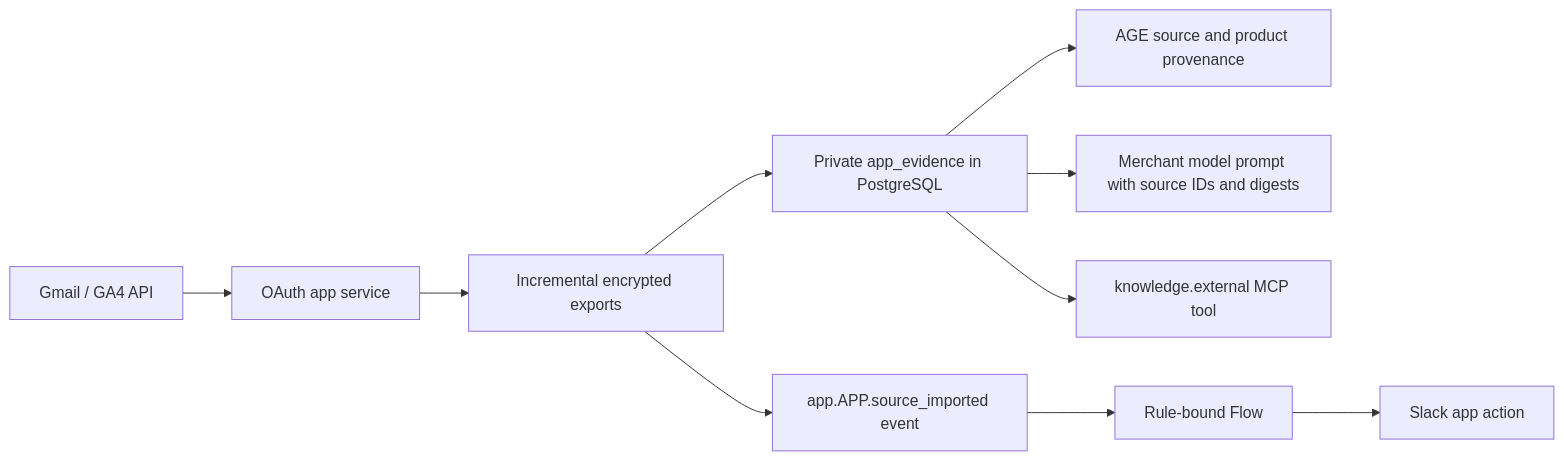
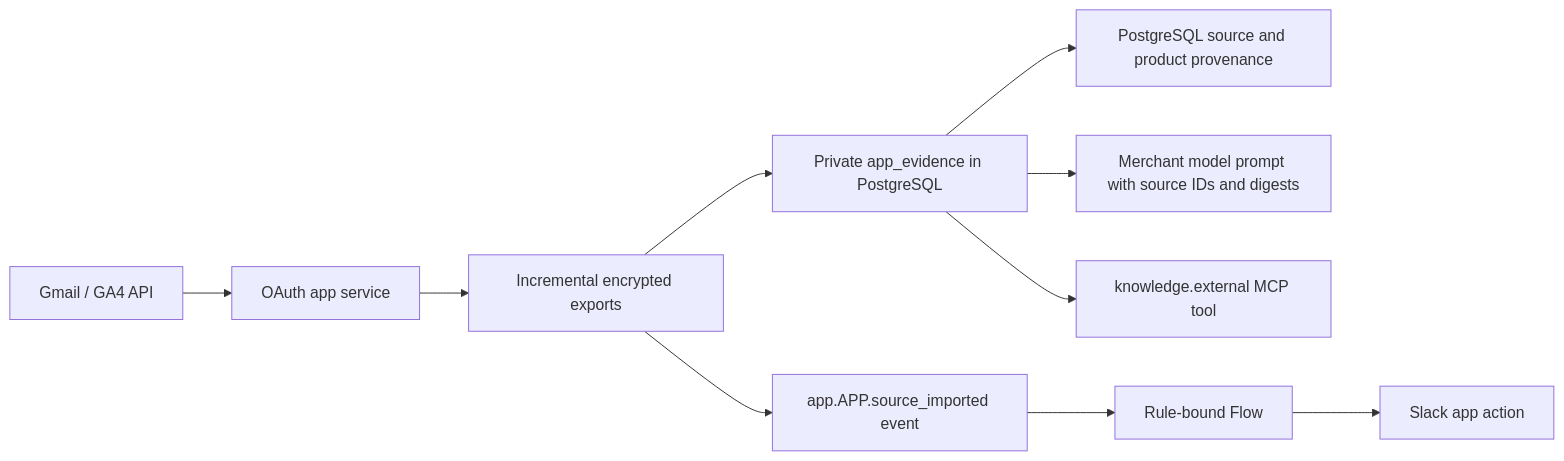
One commit to sthamann/rust-ai-commerce changed the diagram in docs/connected-apps.md. Above: the diagram before and after it, drawn with Mermaid. The commit also changed other lines of this file and 93 other files, not shown here.

````diff
--- a/docs/connected-apps.md
+++ b/docs/connected-apps.md
@@ -43,12 +43,12 @@
 ```mermaid
 flowchart LR
   G[Gmail / GA4 API] --> A[OAuth app service]
   A --> E[Incremental encrypted exports]
   E --> P[Private app_evidence in PostgreSQL]
-  P --> K[AGE source and product provenance]
+  P --> K[PostgreSQL source and product provenance]
   P --> M[Merchant model prompt with source IDs and digests]
   P --> MCP[knowledge.external MCP tool]
   E --> O[app.APP.source_imported event]
   O --> F[Rule-bound Flow]
   F --> S[Slack app action]
 ```
````
